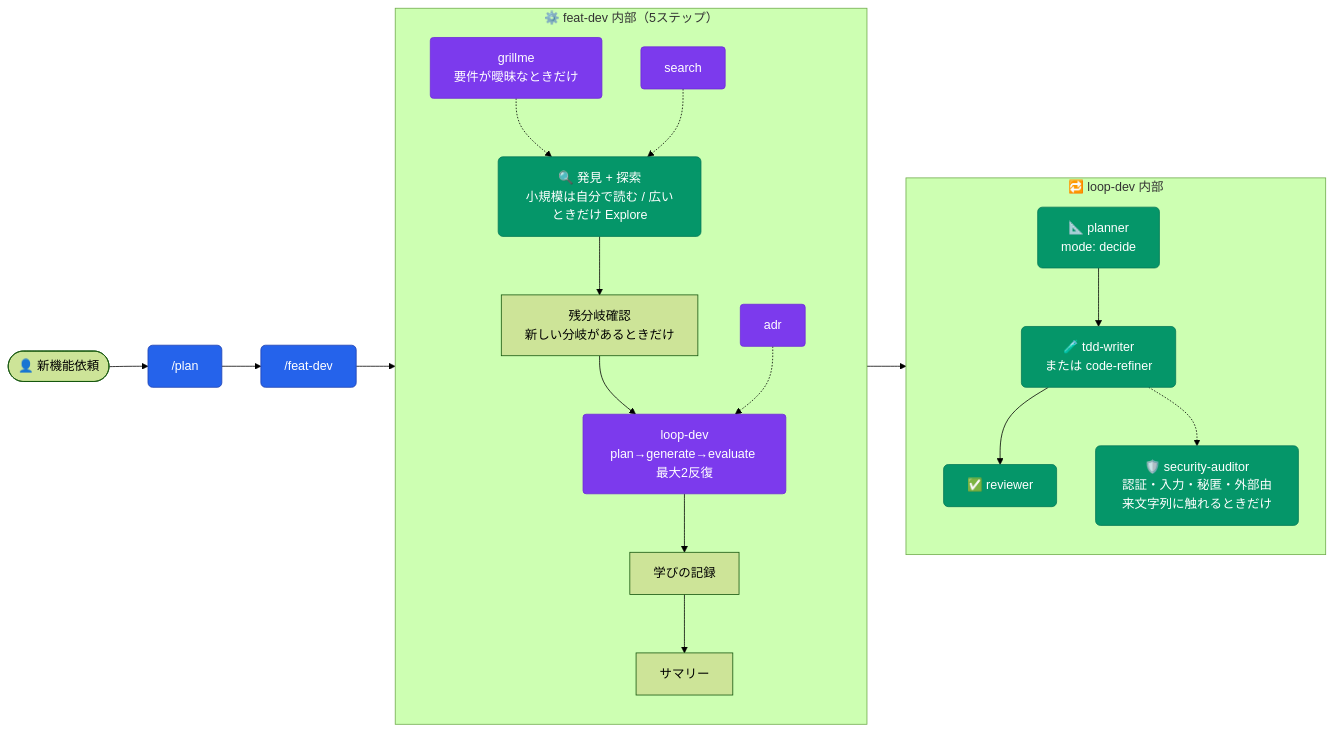
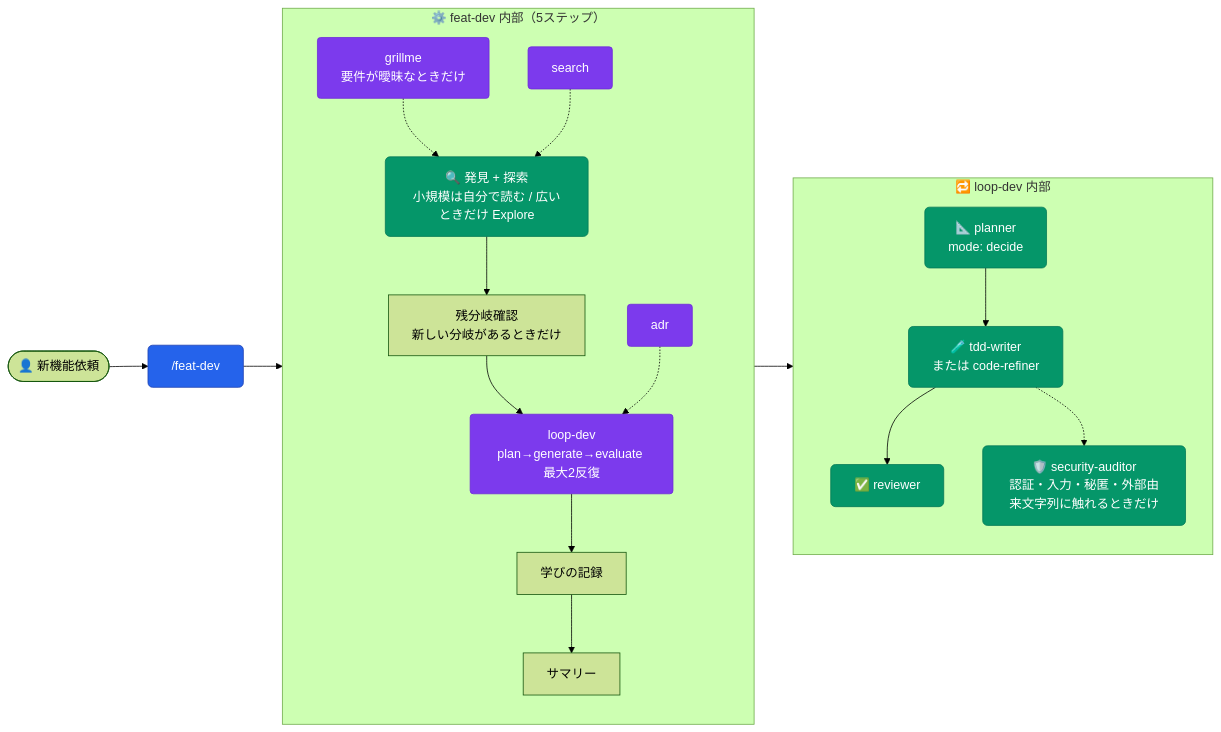
The first of 20 diagrams in README.md (aokumablue/claq), drawn with Mermaid (forest theme) before and after one commit. The commit also changed other lines of this file, not shown here.

Commit message:
docs(readme): /plan が承認後に自ら実装する前提で連鎖の案内を直す

````diff
--- a/README.md
+++ b/README.md
@@ -174,31 +174,30 @@
 ```mermaid
 flowchart LR
   classDef cmd    fill:#2563eb,stroke:#1e40af,color:#fff,rx:6
   classDef agent  fill:#059669,stroke:#047857,color:#fff,rx:6
   classDef skill  fill:#7c3aed,stroke:#6d28d9,color:#fff,rx:4
   classDef auto   fill:#ea580c,stroke:#c2410c,color:#fff,rx:4
 
-  U(["👤 新機能依頼"]) --> CP["/plan"]:::cmd
-  CP --> CF["/feat-dev"]:::cmd
+  U(["👤 新機能依頼"]) --> CF["/feat-dev"]:::cmd
 
   subgraph featdev["⚙️ feat-dev 内部（5ステップ）"]
     direction TB
     SG1["grillme<br/>要件が曖昧なときだけ"]:::skill -.-> AE
     AE["🔍 発見 + 探索<br/>小規模は自分で読む / 広いときだけ Explore"]:::agent --> SG2["残分岐確認<br/>新しい分岐があるときだけ"]
     SG2 --> LD["loop-dev<br/>plan→generate→evaluate 最大2反復"]:::skill
     LD --> LEARN["学びの記録"]
     LEARN --> SUM["サマリー"]
     SS["search"]:::skill -.-> AE
     SA["adr"]:::skill -.-> LD
   end
 
   subgraph loopdev["🔁 loop-dev 内部"]
     direction TB
     LP["📐 planner<br/>mode: decide"]:::agent --> LG["🧪 tdd-writer<br/>または code-refiner"]:::agent
     LG --> LR["✅ reviewer"]:::agent
     LG -.-> LS["🛡️ security-auditor<br/>認証・入力・秘匿・外部由来文字列に触れるときだけ"]:::agent
   end
 
   LD --> loopdev
   CF --> featdev
 ```
````
